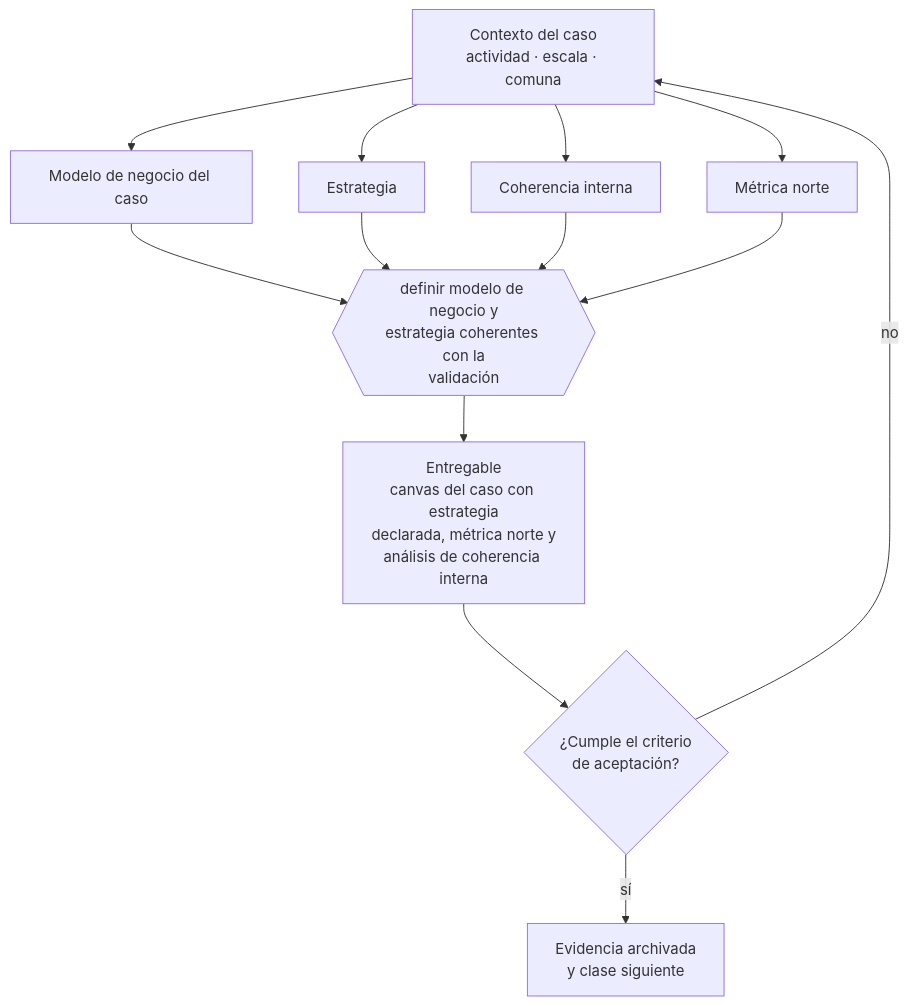
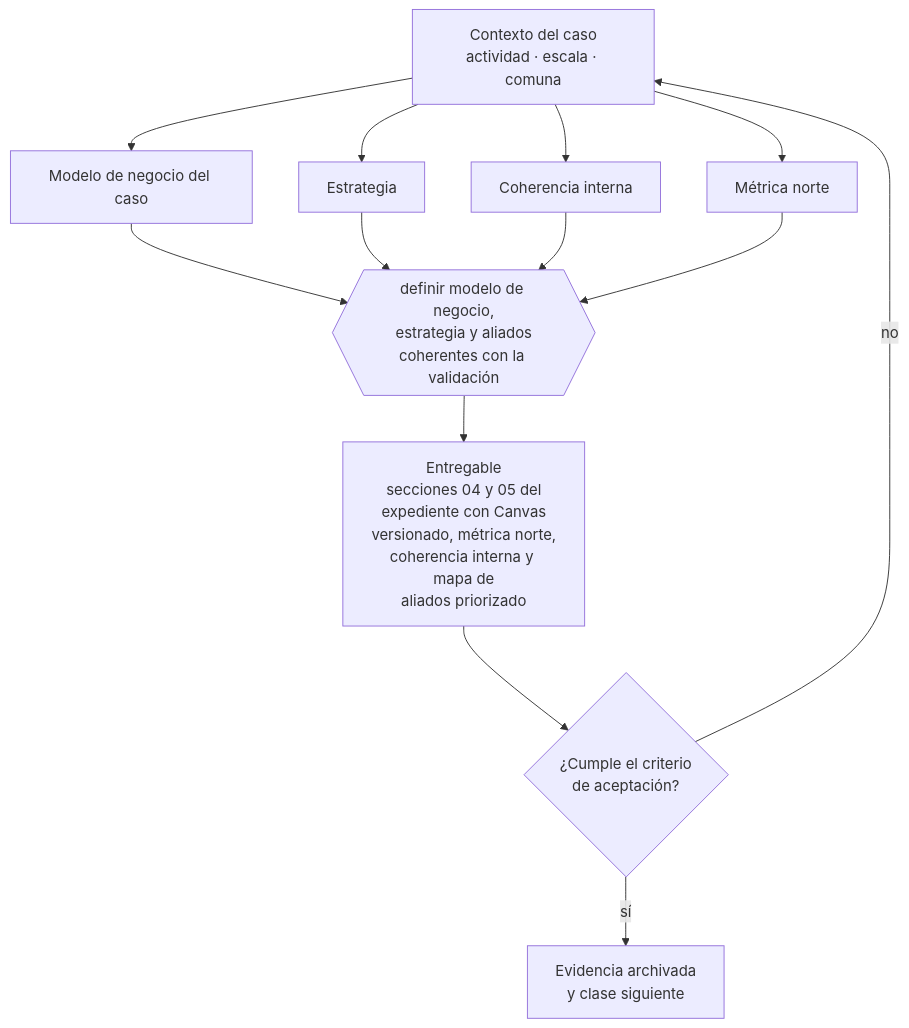
The diagram in curriculum/part-24-capstone-construir-una-empresa-de-comienzo-a-fin/class-03-disenar-modelo-de-negocio-y-estrategia/README.md (vladimiracunadev-create/modern-business-creation-program), drawn with Mermaid before and after one commit. The commit also changed other lines of this file and 48 other files, not shown here.

````diff
--- a/curriculum/part-24-capstone-construir-una-empresa-de-comienzo-a-fin/class-03-disenar-modelo-de-negocio-y-estrategia/README.md
+++ b/curriculum/part-24-capstone-construir-una-empresa-de-comienzo-a-fin/class-03-disenar-modelo-de-negocio-y-estrategia/README.md
@@ -34,13 +34,13 @@
 ```mermaid
 flowchart TB
     C["Contexto del caso<br/>actividad · escala · comuna"]
     C --> A1["Modelo de negocio del caso"]
     C --> A2["Estrategia"]
     C --> A3["Coherencia interna"]
     C --> A4["Métrica norte"]
-    A1 & A2 & A3 & A4 --> D{{"definir modelo de negocio y<br/>estrategia coherentes con la<br/>validación"}}
-    D --> E["Entregable<br/>canvas del caso con estrategia<br/>declarada, métrica norte y<br/>análisis de coherencia interna"]
+    A1 & A2 & A3 & A4 --> D{{"definir modelo de negocio,<br/>estrategia y aliados<br/>coherentes con la validación"}}
+    D --> E["Entregable<br/>secciones 04 y 05 del<br/>expediente con Canvas<br/>versionado, métrica norte,<br/>coherencia interna y mapa de<br/>aliados priorizado"]
     E --> V{"¿Cumple el criterio<br/>de aceptación?"}
     V -->|sí| S["Evidencia archivada<br/>y clase siguiente"]
     V -->|no| C
 ```
````
